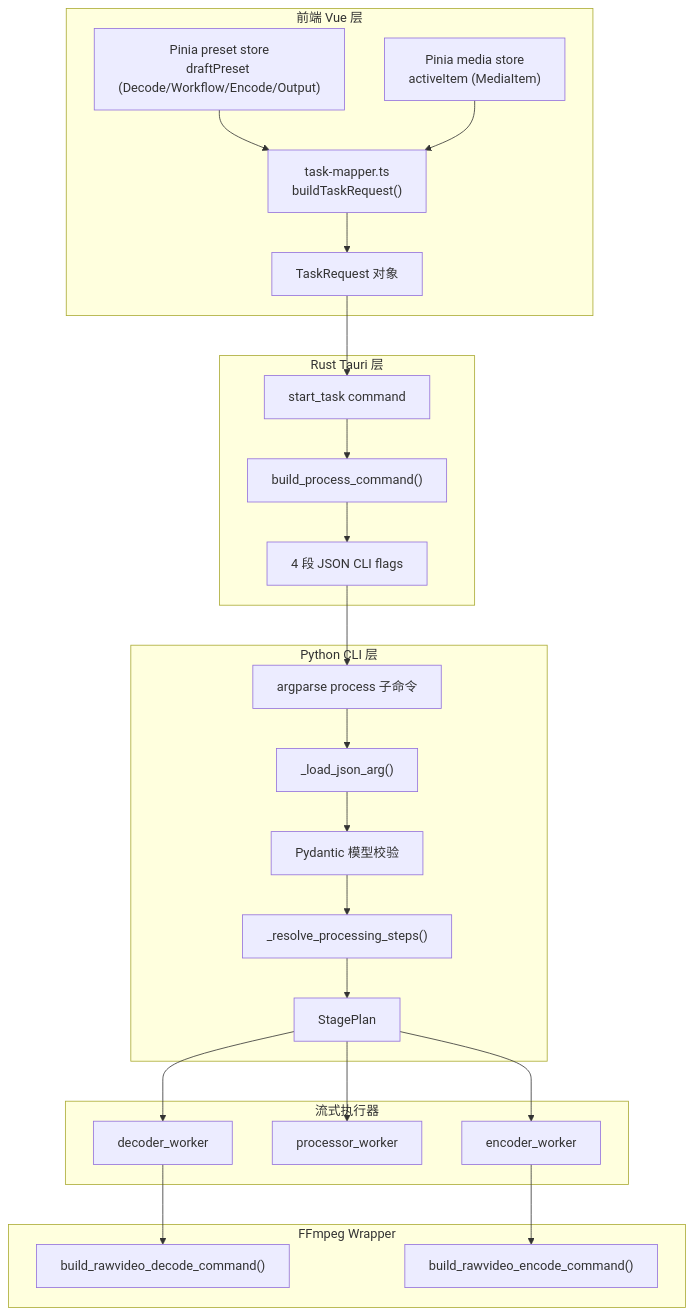
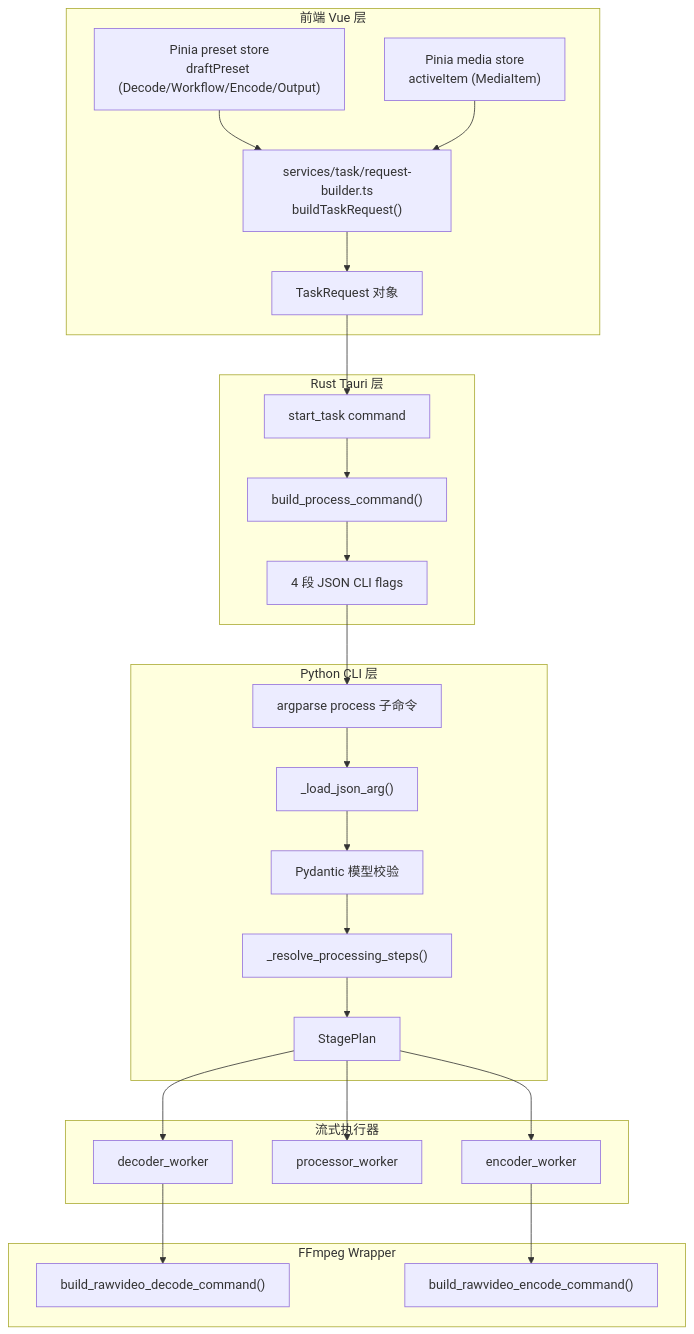
One commit to youge325/vp changed the first of 2 diagrams in docs/data-flow.md. Above: the diagram before and after it, drawn with Mermaid. The commit also changed other lines of this file and 9 other files, not shown here.

````diff
--- a/docs/data-flow.md
+++ b/docs/data-flow.md
@@ -7,51 +7,51 @@
 ```mermaid
 graph TD
     subgraph FE["前端 Vue 层"]
         F1["Pinia preset store<br/>draftPreset (Decode/Workflow/Encode/Output)"]
         F2["Pinia media store<br/>activeItem (MediaItem)"]
-        F3["task-mapper.ts<br/>buildTaskRequest()"]
+        F3["services/task/request-builder.ts<br/>buildTaskRequest()"]
         F4["TaskRequest 对象"]
     end
 
     subgraph RS["Rust Tauri 层"]
         R1["start_task command"]
         R2["build_process_command()"]
         R3["4 段 JSON CLI flags"]
     end
 
     subgraph PY["Python CLI 层"]
         P1["argparse process 子命令"]
         P2["_load_json_arg()"]
         P3["Pydantic 模型校验"]
         P4["_resolve_processing_steps()"]
         P5["StagePlan"]
     end
 
     subgraph EX["流式执行器"]
         E1["decoder_worker"]
         E2["processor_worker"]
         E3["encoder_worker"]
     end
 
     subgraph FF["FFmpeg Wrapper"]
         FFD["build_rawvideo_decode_command()"]
         FFE["build_rawvideo_encode_command()"]
     end
 
     F1 --> F3
     F2 --> F3
     F3 --> F4
     F4 --> R1
     R1 --> R2
     R2 --> R3
     R3 --> P1
     P1 --> P2
     P2 --> P3
     P3 --> P4
     P4 --> P5
     P5 --> E1
     P5 --> E2
     P5 --> E3
     E1 --> FFD
     E3 --> FFE
 ```
````
